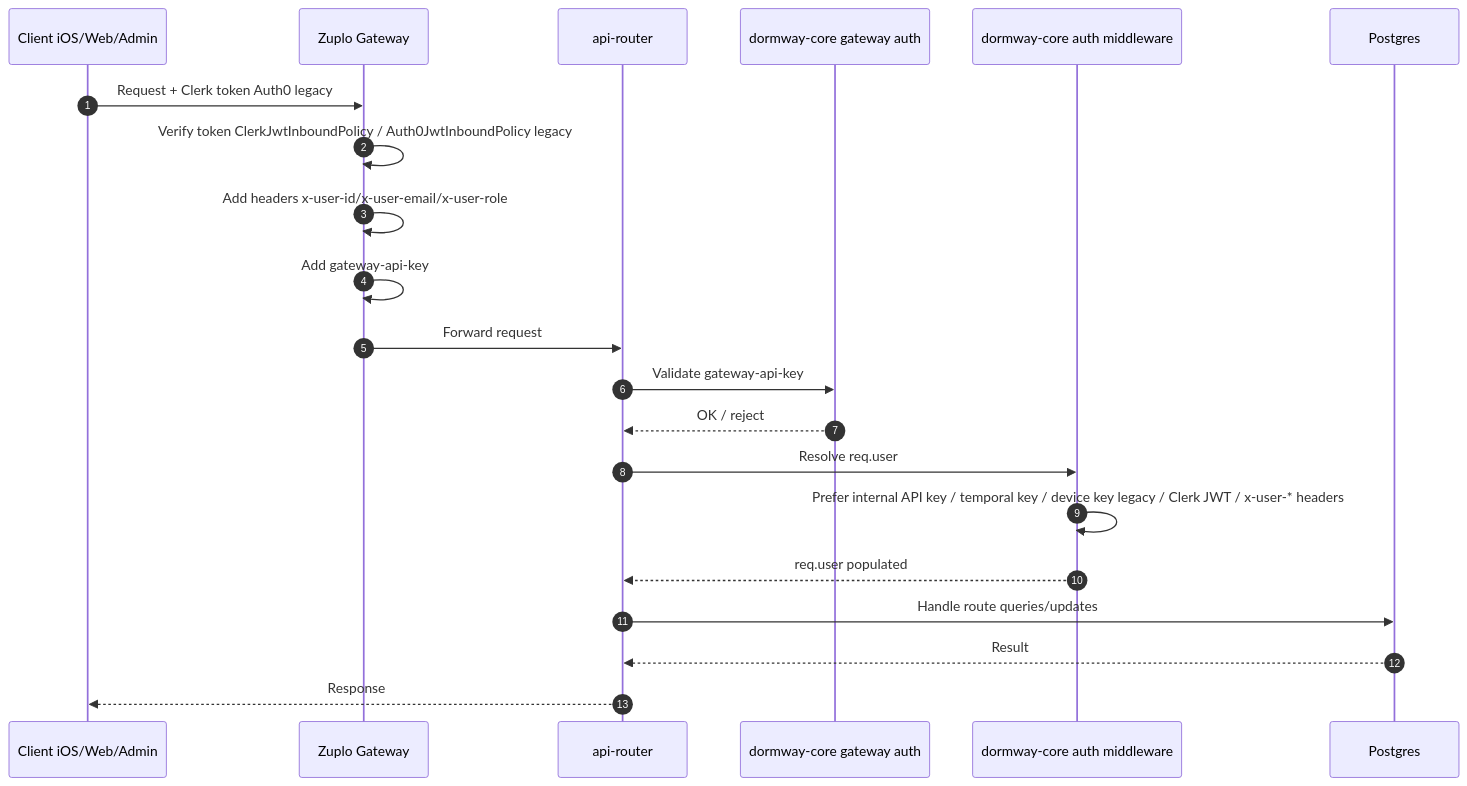
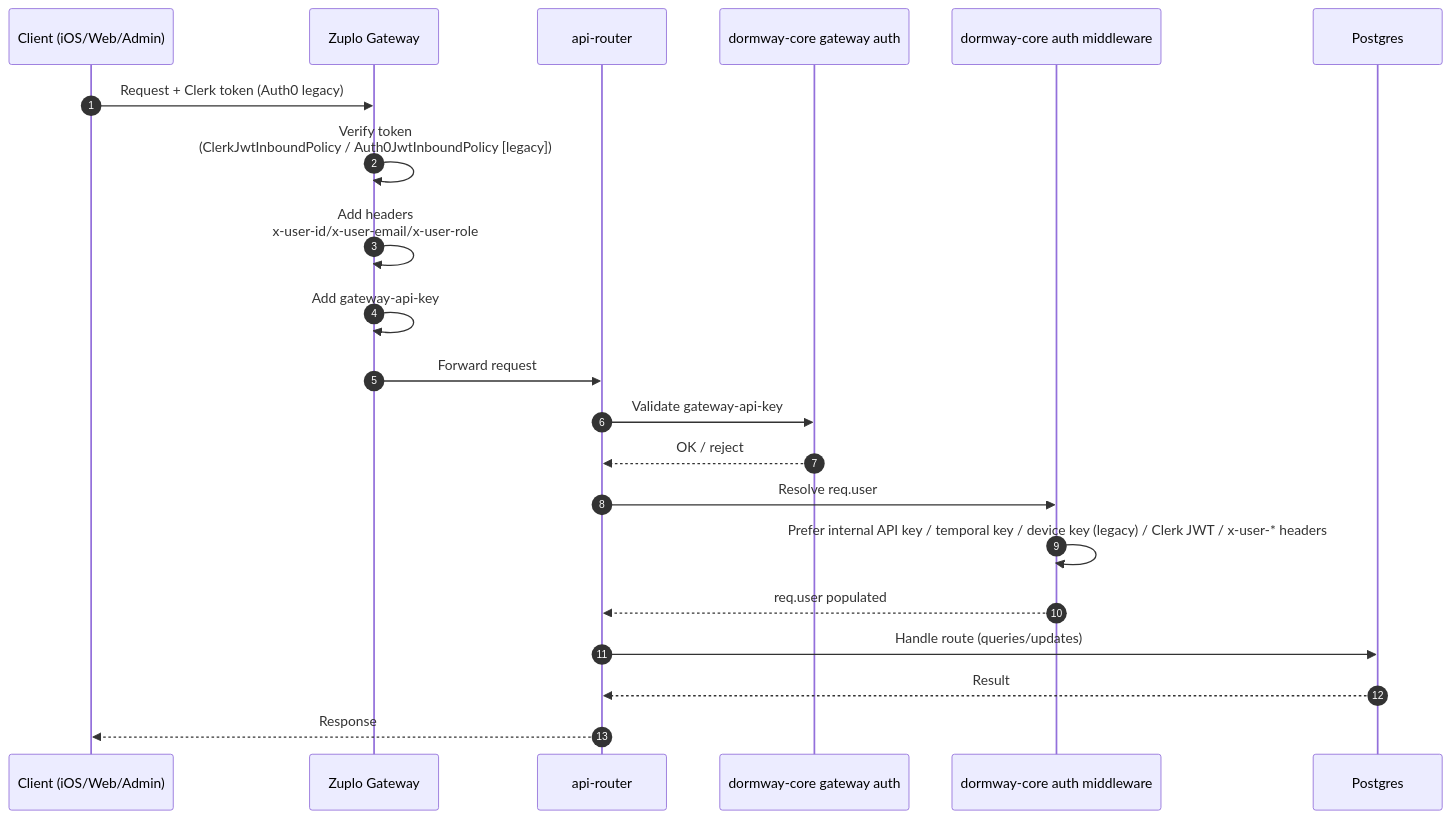
The third of 23 diagrams in docs/engineering/architecture/how-dormway-works.mdx (DormWay/mintlify-docs), drawn with Mermaid before and after one commit. The commit also changed other lines of this file and 26 other files, not shown here.

````diff
--- a/docs/engineering/architecture/how-dormway-works.mdx
+++ b/docs/engineering/architecture/how-dormway-works.mdx
@@ -253,24 +253,24 @@
 ```mermaid
 sequenceDiagram
   autonumber
-  participant Client as Client iOS/Web/Admin
+  participant Client as Client (iOS/Web/Admin)
   participant Zuplo as Zuplo Gateway
   participant API as api-router
   participant CoreGW as dormway-core gateway auth
   participant CoreAuth as dormway-core auth middleware
   participant DB as Postgres
 
-  Client->>Zuplo: Request + Clerk token Auth0 legacy
-  Zuplo->>Zuplo: Verify token ClerkJwtInboundPolicy / Auth0JwtInboundPolicy legacy
-  Zuplo->>Zuplo: Add headers x-user-id/x-user-email/x-user-role
+  Client->>Zuplo: Request + Clerk token (Auth0 legacy)
+  Zuplo->>Zuplo: Verify token<br/>(ClerkJwtInboundPolicy / Auth0JwtInboundPolicy [legacy])
+  Zuplo->>Zuplo: Add headers<br/>x-user-id/x-user-email/x-user-role
   Zuplo->>Zuplo: Add gateway-api-key
   Zuplo->>API: Forward request
   API->>CoreGW: Validate gateway-api-key
   CoreGW-->>API: OK / reject
   API->>CoreAuth: Resolve req.user
-  CoreAuth->>CoreAuth: Prefer internal API key / temporal key / device key legacy / Clerk JWT / x-user-* headers
+  CoreAuth->>CoreAuth: Prefer internal API key / temporal key / device key (legacy) / Clerk JWT / x-user-* headers
   CoreAuth-->>API: req.user populated
-  API->>DB: Handle route queries/updates
+  API->>DB: Handle route (queries/updates)
   DB-->>API: Result
   API-->>Client: Response
 ```
````
